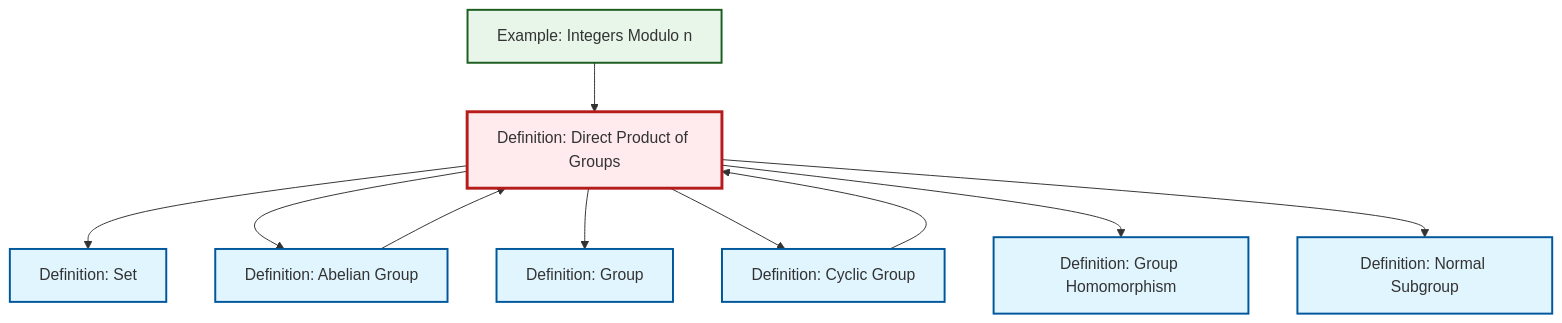
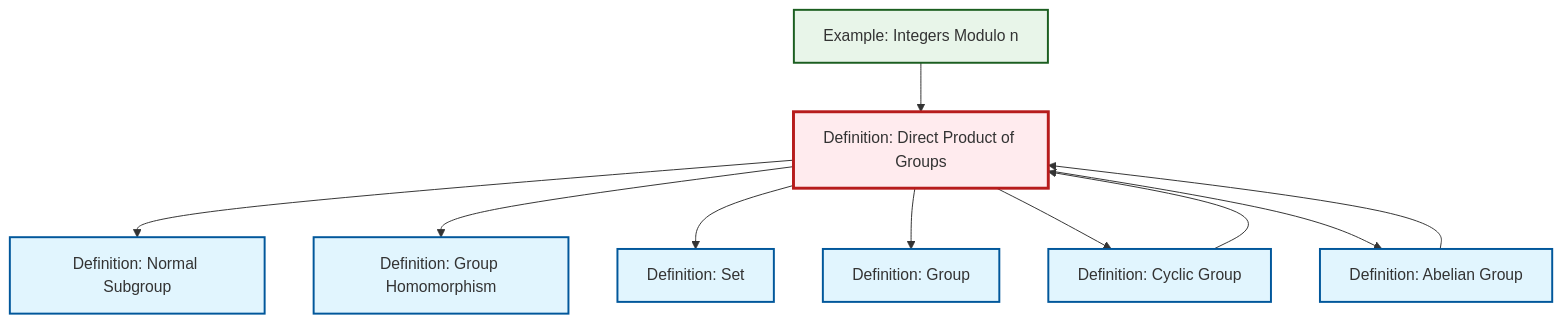
One commit to RK0429/ModernMath changed the diagram in output/mermaid/def-direct-product.mermaid. Above: the diagram before and after it, drawn with Mermaid. The commit also changed other lines of this file and 1542 other files, not shown here.

```diff
--- a/output/mermaid/def-direct-product.mermaid
+++ b/output/mermaid/def-direct-product.mermaid
@@ -1,25 +1,25 @@
 %%| fig-cap: "Local dependency graph"
 graph TD
     classDef definition fill:#e1f5fe,stroke:#01579b,stroke-width:2px
     classDef theorem fill:#f3e5f5,stroke:#4a148c,stroke-width:2px
     classDef axiom fill:#fff3e0,stroke:#e65100,stroke-width:2px
     classDef example fill:#e8f5e9,stroke:#1b5e20,stroke-width:2px
     classDef current fill:#ffebee,stroke:#b71c1c,stroke-width:3px
+    ex-quotient-integers-mod-n["Example: Integers Modulo n"]:::example
+    def-set["Definition: Set"]:::definition
+    def-normal-subgroup["Definition: Normal Subgroup"]:::definition
+    def-abelian-group["Definition: Abelian Group"]:::definition
+    def-group["Definition: Group"]:::definition
+    def-cyclic-group["Definition: Cyclic Group"]:::definition
+    def-direct-product["Definition: Direct Product of Groups"]:::definition
     def-homomorphism["Definition: Group Homomorphism"]:::definition
-    ex-quotient-integers-mod-n["Example: Integers Modulo n"]:::example
-    def-cyclic-group["Definition: Cyclic Group"]:::definition
-    def-set["Definition: Set"]:::definition
-    def-direct-product["Definition: Direct Product of Groups"]:::definition
-    def-group["Definition: Group"]:::definition
-    def-abelian-group["Definition: Abelian Group"]:::definition
-    def-normal-subgroup["Definition: Normal Subgroup"]:::definition
+    def-direct-product --> def-normal-subgroup
+    def-direct-product --> def-homomorphism
     def-direct-product --> def-set
+    def-direct-product --> def-group
+    def-abelian-group --> def-direct-product
+    def-cyclic-group --> def-direct-product
+    def-direct-product --> def-cyclic-group
     ex-quotient-integers-mod-n --> def-direct-product
     def-direct-product --> def-abelian-group
-    def-cyclic-group --> def-direct-product
-    def-direct-product --> def-group
-    def-direct-product --> def-cyclic-group
-    def-direct-product --> def-homomorphism
-    def-direct-product --> def-normal-subgroup
-    def-abelian-group --> def-direct-product
     class def-direct-product current
```
